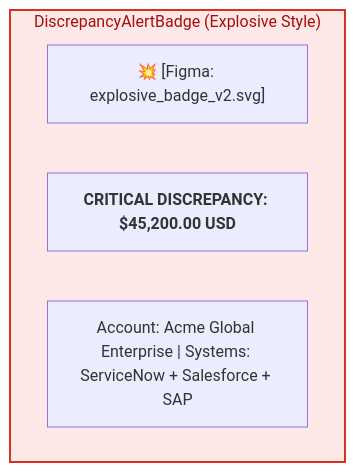
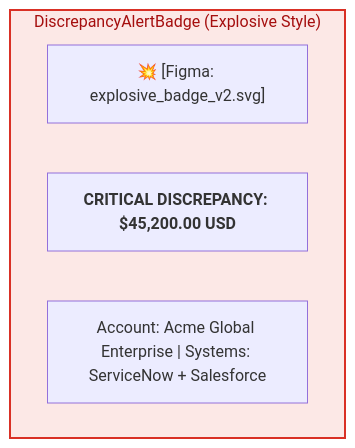
The diagram in docs/a2ui_custom_catalog.md (tiaaburton/Data-Recon-Agent), drawn with Mermaid before and after one commit. The commit also changed other lines of this file and 15 other files, not shown here.

Commit message:
refactor(docs): eliminate SAP and standardize exclusively on 2-way Salesforce-ServiceNow reconciliation across entire architecture

````diff
--- a/docs/a2ui_custom_catalog.md
+++ b/docs/a2ui_custom_catalog.md
@@ -72,10 +72,10 @@
 ```mermaid
 graph TD
     subgraph ExplosiveBadge ["DiscrepancyAlertBadge (Explosive Style)"]
         Icon["💥 [Figma: explosive_badge_v2.svg]"]
         Title["<b>CRITICAL DISCREPANCY: $45,200.00 USD</b>"]
-        Subtitle["Account: Acme Global Enterprise | Systems: ServiceNow + Salesforce + SAP"]
+        Subtitle["Account: Acme Global Enterprise | Systems: ServiceNow + Salesforce"]
     end
     classDef explosiveStyle fill:#FCE8E6,stroke:#D93025,stroke-width:2px,color:#A50E0E;
     class ExplosiveBadge explosiveStyle;
 ```
````
